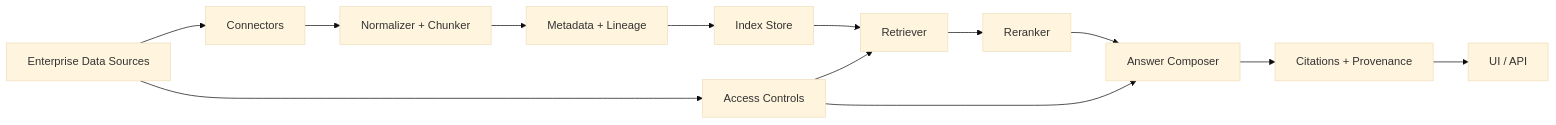
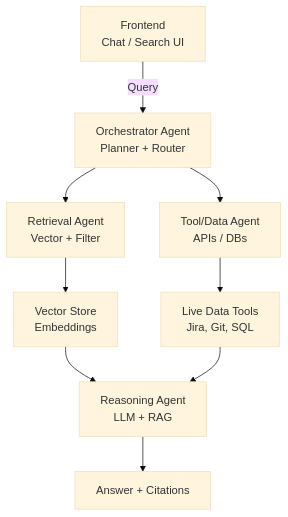
One commit to anshitaarya17/ai-builders changed the diagram in README.md. Above: the diagram before and after it, drawn with Mermaid (base theme). The commit also changed other lines of this file and 5 other files, not shown here.

````diff
--- a/README.md
+++ b/README.md
@@ -19,15 +27,11 @@
 ```mermaid
-flowchart LR
-    A[Enterprise Data Sources] --> B[Connectors]
-    A --> C[Access Controls]
-    B --> D[Normalizer + Chunker]
-    D --> E[Metadata + Lineage]
-    E --> F[Index Store]
-    F --> G[Retriever]
-    G --> H[Reranker]
-    H --> I[Answer Composer]
-    I --> J[Citations + Provenance]
-    C --> G
-    C --> I
-    J --> K[UI / API]
+flowchart TB
+    A[Frontend<br/>Chat / Search UI] -->|Query| B[Orchestrator Agent<br/>Planner + Router]
+    B --> C[Retrieval Agent<br/>Vector + Filter]
+    B --> D[Tool/Data Agent<br/>APIs / DBs]
+    C --> E[Vector Store<br/>Embeddings]
+    D --> F[Live Data Tools<br/>Jira, Git, SQL]
+    E --> G[Reasoning Agent<br/>LLM + RAG]
+    F --> G
+    G --> H[Answer + Citations]
 ```
````
